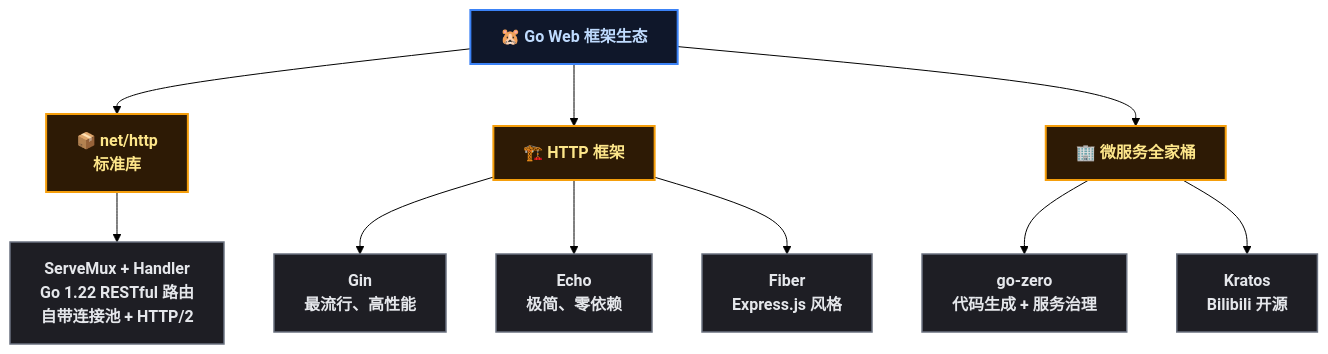
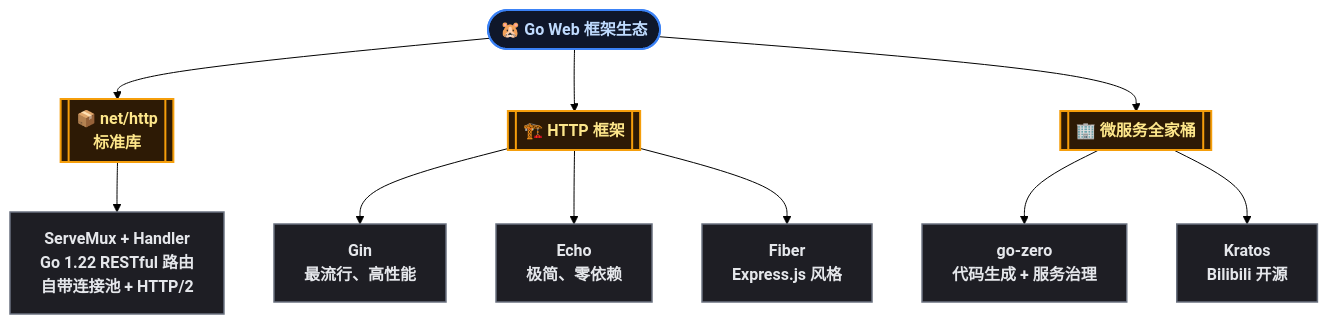
Before and after one commit to yaocat55/yaocat55.github.io: the first of 4 diagrams in content/posts/go/GoWebDevelopment.md, drawn with Mermaid (forest theme). The commit also changed other lines of this file and 14 other files, not shown here.

````diff
--- a/content/posts/go/GoWebDevelopment.md
+++ b/content/posts/go/GoWebDevelopment.md
@@ -62,23 +62,23 @@
 ```mermaid
 flowchart TD
-    Root["🐹 Go Web 框架生态"] --> Stdlib["📦 net/http\n标准库"]
-    Root --> Micro["🏗️ HTTP 框架"]
-    Root --> FullStack["🏢 微服务全家桶"]
+    Root(["🐹 Go Web 框架生态"]) --> Stdlib[["📦 net/http\n标准库"]]
+    Root --> Micro[["🏗️ HTTP 框架"]]
+    Root --> FullStack[["🏢 微服务全家桶"]]
 
     Stdlib --> StdDesc["ServeMux + Handler\nGo 1.22 RESTful 路由\n自带连接池 + HTTP/2"]
 
     Micro --> Gin["Gin\n最流行、高性能"]
     Micro --> Echo["Echo\n极简、零依赖"]
     Micro --> Fiber["Fiber\nExpress.js 风格"]
 
     FullStack --> GoZero["go-zero\n代码生成 + 服务治理"]
     FullStack --> Kratos["Kratos\nBilibili 开源"]
 
 classDef root fill:#0f172a,stroke:#3b82f6,stroke-width:2px,color:#bfdbfe,font-weight:bold;
 classDef branch fill:#2d1a05,stroke:#f59e0b,stroke-width:2px,color:#fde68a,font-weight:bold;
 classDef leaf fill:#1e1e24,stroke:#6b7280,stroke-width:1.5px,color:#e5e7eb;
 
     class Root root
     class Stdlib,Micro,FullStack branch
     class StdDesc,Gin,Echo,Fiber,GoZero,Kratos leaf
 ```
````
